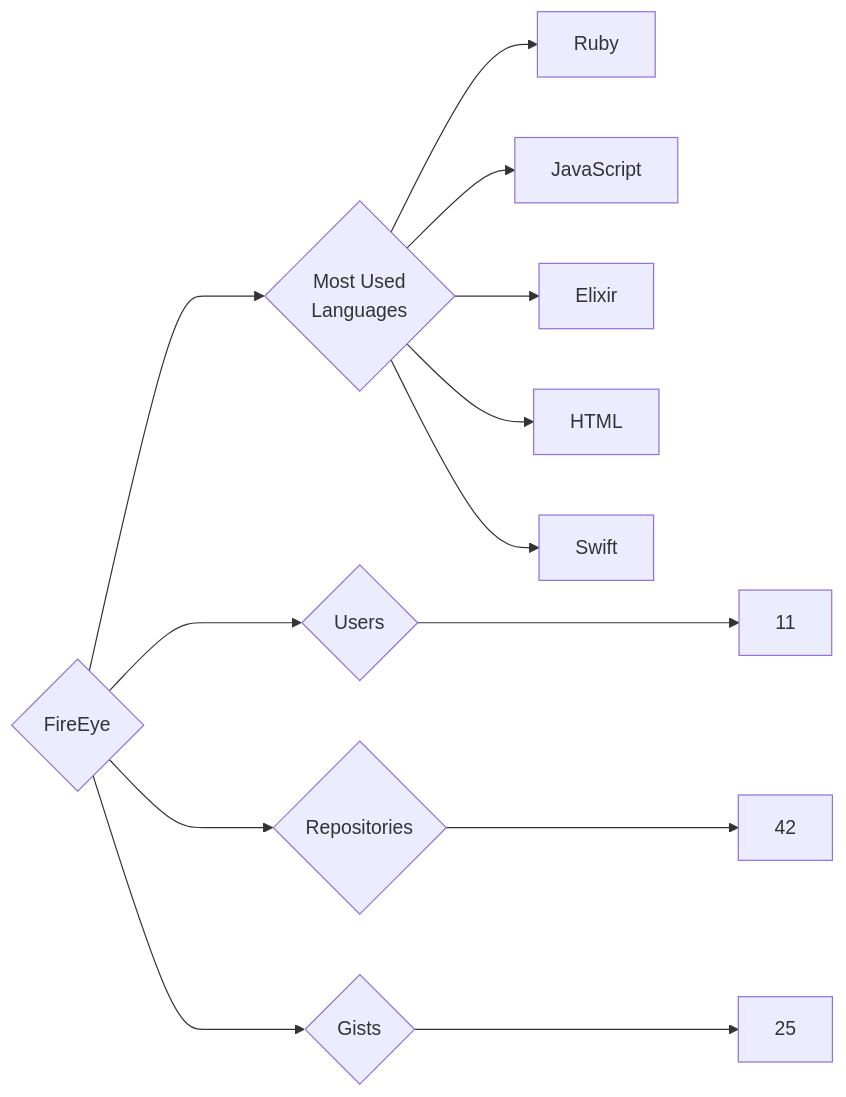
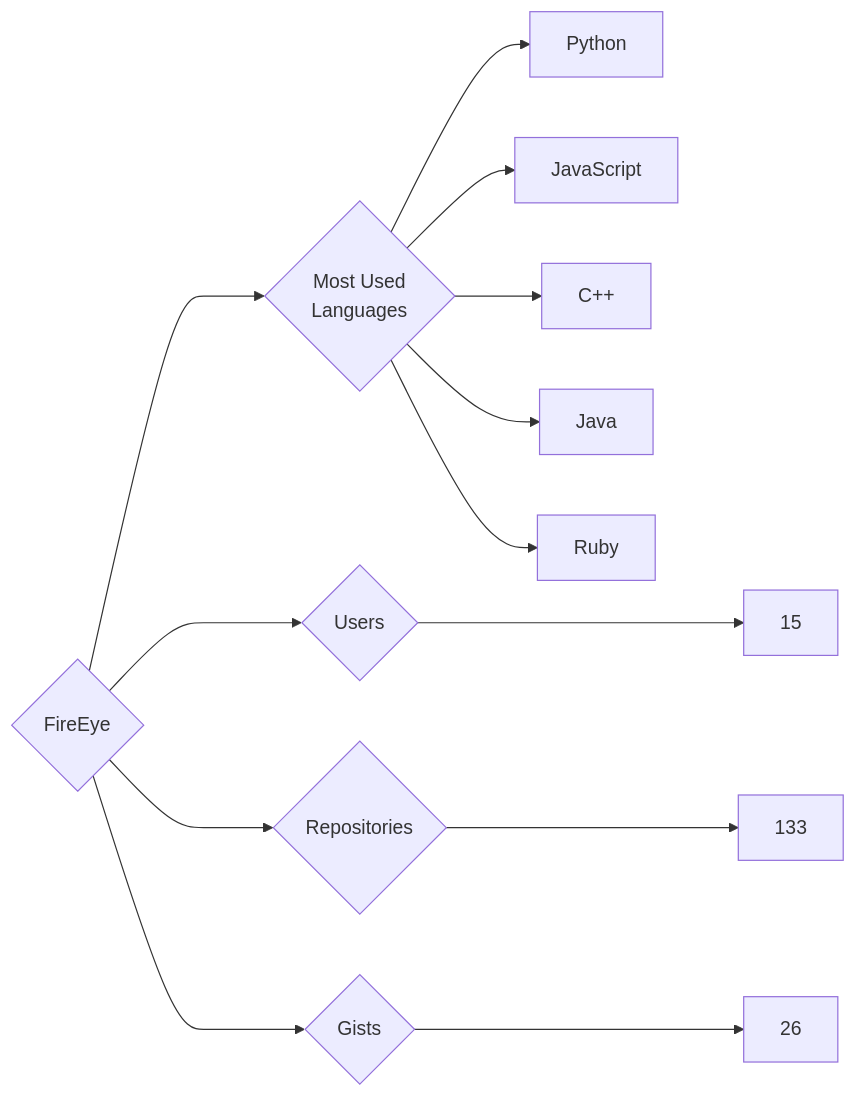
Before and after one commit to trickest/insiders: the diagram in targets/FireEye/README.md, drawn with Mermaid. The commit also changed 782 other files, not shown here.

````diff
--- a/targets/FireEye/README.md
+++ b/targets/FireEye/README.md
@@ -3,13 +3,13 @@
 ```mermaid
 graph LR
 COMPANY_NAME{FireEye}
-COMPANY_NAME ---> U{Users} ---> UN[11]
-COMPANY_NAME ---> R{Repositories} ---> RN[42]
-COMPANY_NAME ---> G{Gists} ---> GN[25]
+COMPANY_NAME ---> U{Users} ---> UN[15]
+COMPANY_NAME ---> R{Repositories} ---> RN[133]
+COMPANY_NAME ---> G{Gists} ---> GN[26]
 COMPANY_NAME ---> ML{Most Used<br>Languages}
+ML --> Python[Python]
+ML --> JavaScript[JavaScript]
+ML --> C++[C++]
+ML --> Java[Java]
 ML --> Ruby[Ruby]
-ML --> JavaScript[JavaScript]
-ML --> Elixir[Elixir]
-ML --> HTML[HTML]
-ML --> Swift[Swift]
 ```
````
